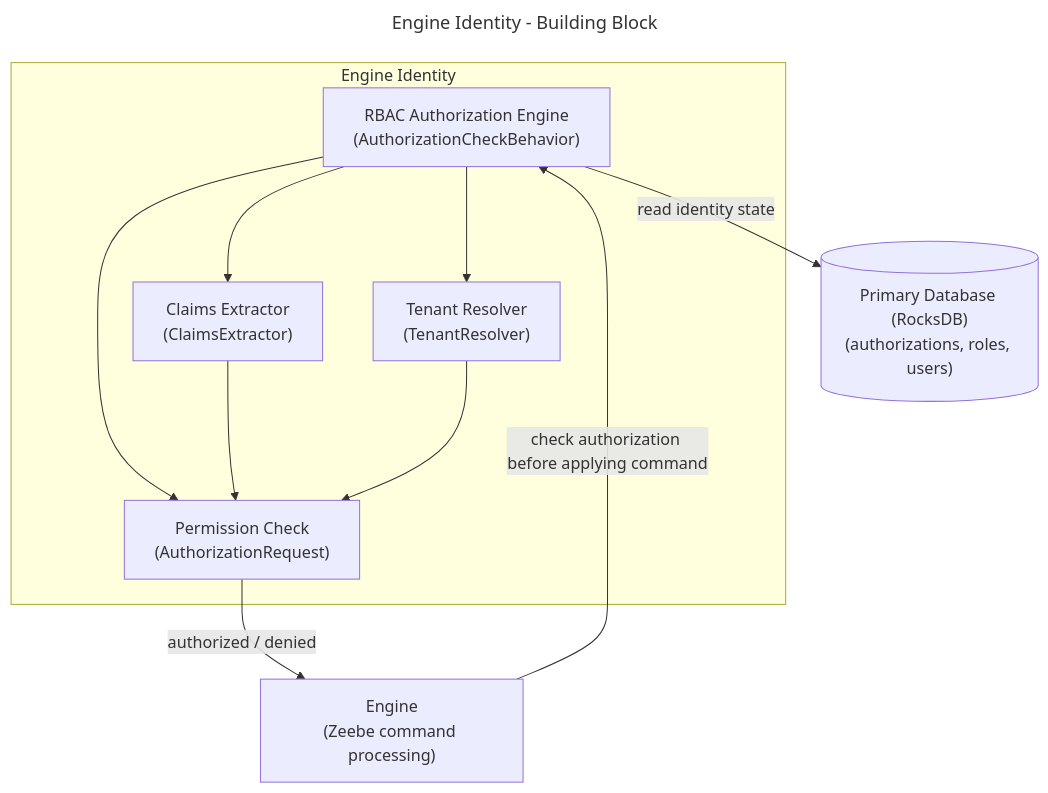
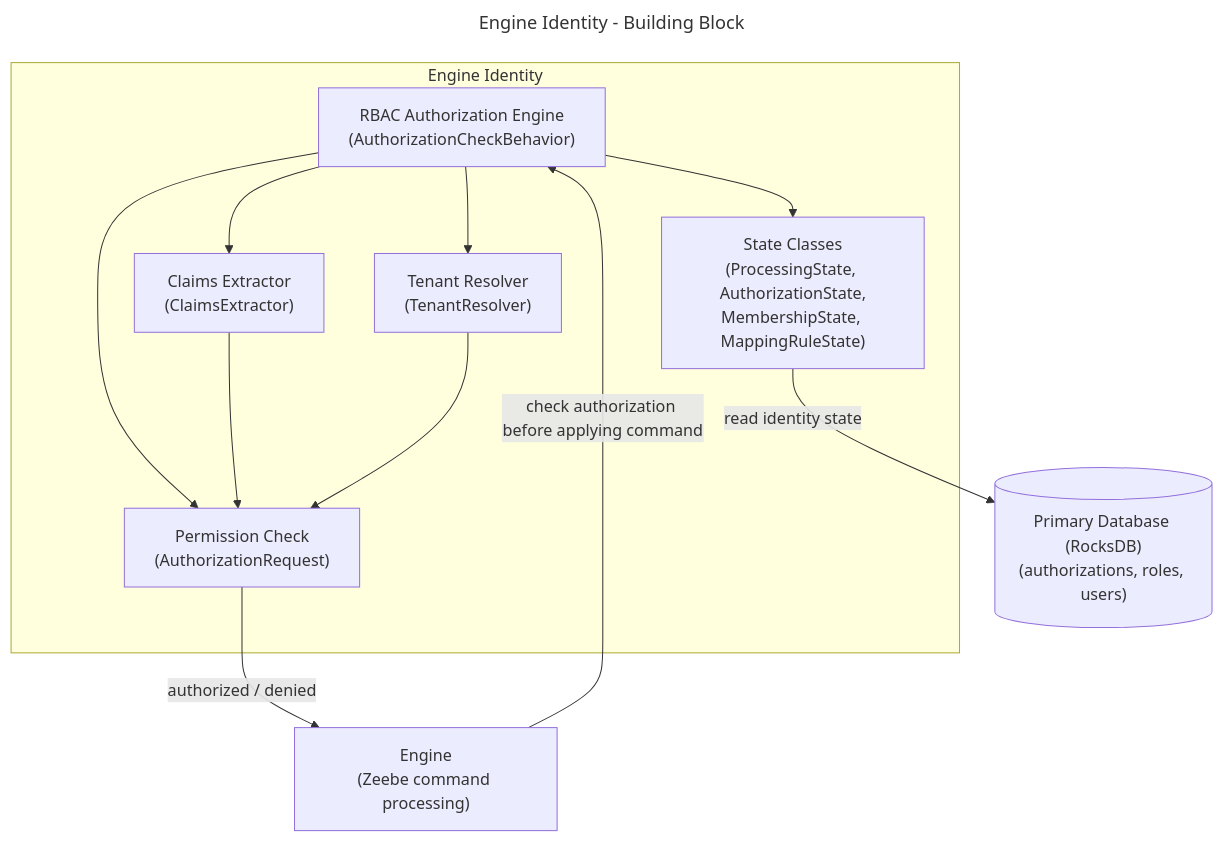
One commit to camunda/camunda changed the seventh of 17 diagrams in docs/identity/architecture-documentation.md. Above: the diagram before and after it, drawn with Mermaid. The commit also changed other lines of this file and 4 other files, not shown here.

Commit message:
docs: update identity arc42 architecture documentation based on review

````diff
--- a/docs/identity/architecture-documentation.md
+++ b/docs/identity/architecture-documentation.md
@@ -364,25 +402,27 @@
 ```mermaid
 ---
 title: Engine Identity - Building Block
 ---
 flowchart TB
   subgraph ENGINE_IDENTITY["Engine Identity"]
     AUTHZ_BEHAVIOR["RBAC Authorization Engine\n(AuthorizationCheckBehavior)"]
     AUTHZ_REQUEST["Permission Check\n(AuthorizationRequest)"]
     TENANT_RESOLVER["Tenant Resolver\n(TenantResolver)"]
     CLAIMS_EXTRACTOR["Claims Extractor\n(ClaimsExtractor)"]
+    STATE_CLASSES["State Classes\n(ProcessingState, AuthorizationState,\nMembershipState, MappingRuleState)"]
 
     AUTHZ_BEHAVIOR --> AUTHZ_REQUEST
     AUTHZ_BEHAVIOR --> TENANT_RESOLVER
     AUTHZ_BEHAVIOR --> CLAIMS_EXTRACTOR
+    AUTHZ_BEHAVIOR --> STATE_CLASSES
     CLAIMS_EXTRACTOR --> AUTHZ_REQUEST
     TENANT_RESOLVER --> AUTHZ_REQUEST
   end
 
   ENGINE["Engine\n(Zeebe command processing)"]
   PRIMARY_DB[("Primary Database (RocksDB)\n(authorizations, roles, users)")]
 
   ENGINE -->|"check authorization before applying command"| AUTHZ_BEHAVIOR
   AUTHZ_REQUEST -->|"authorized / denied"| ENGINE
-  AUTHZ_BEHAVIOR -->|"read identity state"| PRIMARY_DB
+  STATE_CLASSES -->|"read identity state"| PRIMARY_DB
 ```
````
